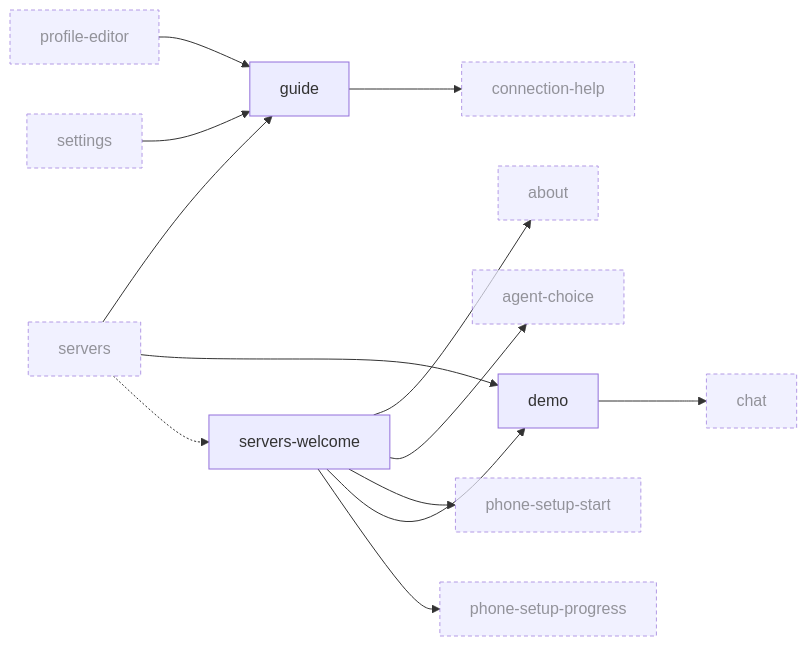
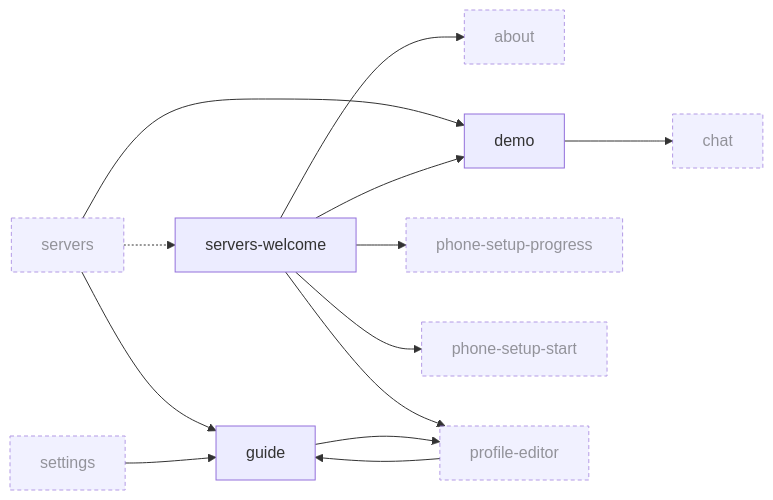
Before and after one commit to Breskott/opencode-mobile-next: the ninth of 10 diagrams in docs/design/ui-ledger/navigation.md, drawn with Mermaid. The commit also changed other lines of this file and 79 other files, not shown here.

First line of the commit message:
feat(servers): P3.9 add a computer in one path — agent choice and connection help fold into Add server's steps [skip ci]

````diff
--- a/docs/design/ui-ledger/navigation.md
+++ b/docs/design/ui-ledger/navigation.md
@@ -1343,28 +1340,26 @@
 ```mermaid
 graph LR
   about["about"]:::ext
-  agent_choice["agent-choice"]:::ext
   chat["chat"]:::ext
-  connection_help["connection-help"]:::ext
   demo["demo"]
   guide["guide"]
   phone_setup_progress["phone-setup-progress"]:::ext
   phone_setup_start["phone-setup-start"]:::ext
   profile_editor["profile-editor"]:::ext
   servers["servers"]:::ext
   servers_welcome["servers-welcome"]
   settings["settings"]:::ext
   demo --> chat
   servers --> guide
   servers --> demo
   servers_welcome --> about
-  servers_welcome --> agent_choice
+  servers_welcome --> profile_editor
   servers_welcome --> phone_setup_start
   servers_welcome --> demo
   profile_editor --> guide
   settings --> guide
-  guide --> connection_help
+  guide --> profile_editor
   servers -.-> servers_welcome
   servers_welcome --> phone_setup_progress
   classDef ext stroke-dasharray: 4 3,opacity:0.7
 ```
````
